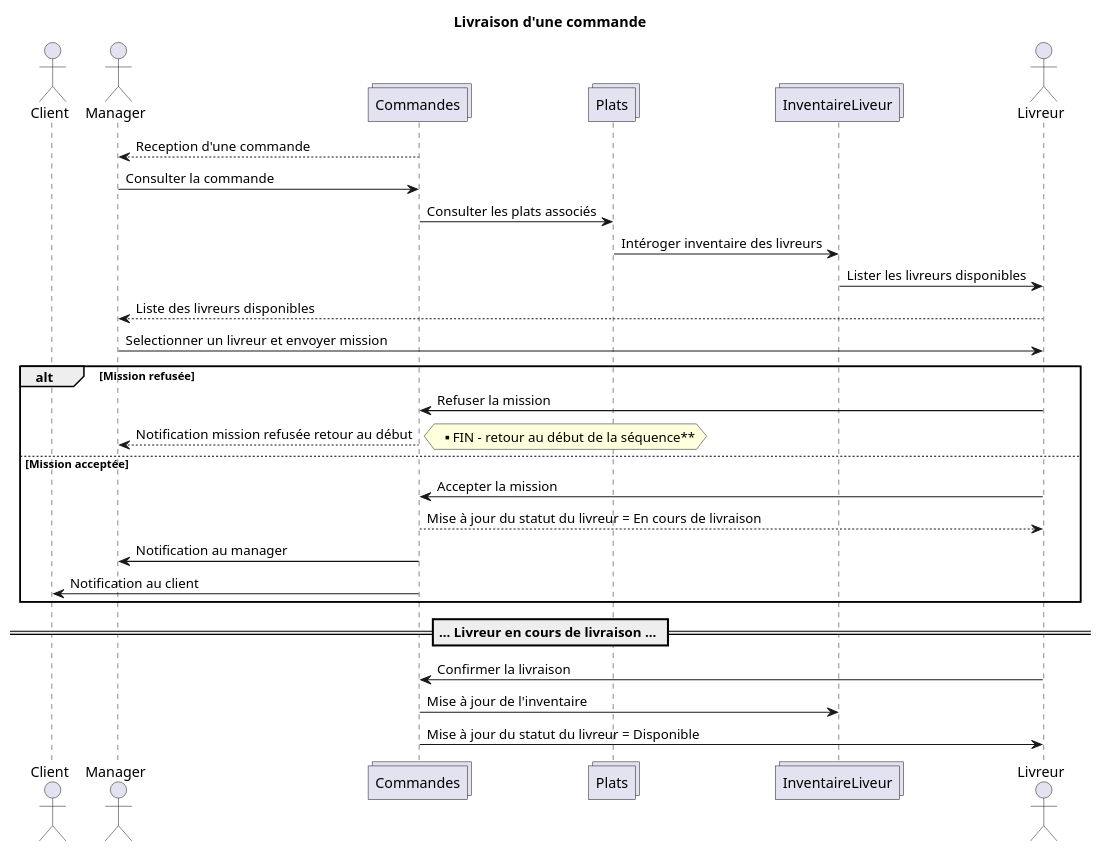
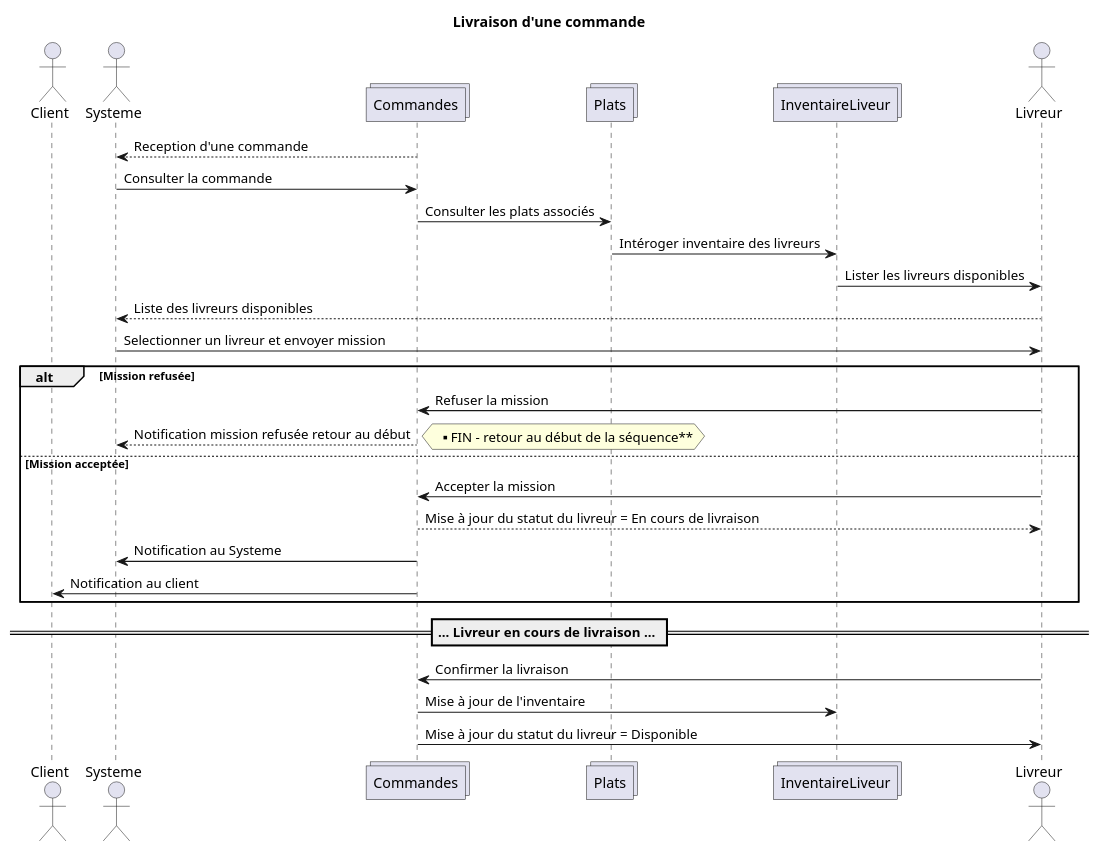
The diagram in uml/sequence-livraison.plantuml (sjaulin/expressfood), drawn with PlantUML before and after one commit. The commit also changed 1 other file, not shown here.

Commit message:
Update sequence diag.

```diff
--- a/uml/sequence-livraison.plantuml
+++ b/uml/sequence-livraison.plantuml
@@ -1,31 +1,31 @@
 @startuml
 title Livraison d'une commande
 actor Client
-actor Manager
+actor Systeme
 collections Commandes 
 collections Plats 
 collections InventaireLiveur
 actor Livreur
-Commandes --> Manager : Reception d'une commande
-Manager -> Commandes : Consulter la commande
+Commandes --> Systeme : Reception d'une commande
+Systeme -> Commandes : Consulter la commande
 Commandes -> Plats : Consulter les plats associés
 Plats -> InventaireLiveur : Intéroger inventaire des livreurs
 InventaireLiveur -> Livreur : Lister les livreurs disponibles
-Livreur --> Manager : Liste des livreurs disponibles
-Manager -> Livreur : Selectionner un livreur et envoyer mission
+Livreur --> Systeme : Liste des livreurs disponibles
+Systeme -> Livreur : Selectionner un livreur et envoyer mission
 alt Mission refusée
 Livreur -> Commandes : Refuser la mission
-Commandes --> Manager : Notification mission refusée retour au début
+Commandes --> Systeme : Notification mission refusée retour au début
 hnote right : ** FIN - retour au début de la séquence**
 else Mission acceptée
 Livreur -> Commandes : Accepter la mission
 Commandes --> Livreur : Mise à jour du statut du livreur = En cours de livraison
-Commandes -> Manager : Notification au manager
+Commandes -> Systeme : Notification au Systeme
 Commandes -> Client : Notification au client
 end
 == ... Livreur en cours de livraison ... ==
 Livreur -> Commandes : Confirmer la livraison
 Commandes -> InventaireLiveur : Mise à jour de l'inventaire
 Commandes -> Livreur : Mise à jour du statut du livreur = Disponible
 
 @enduml
```
